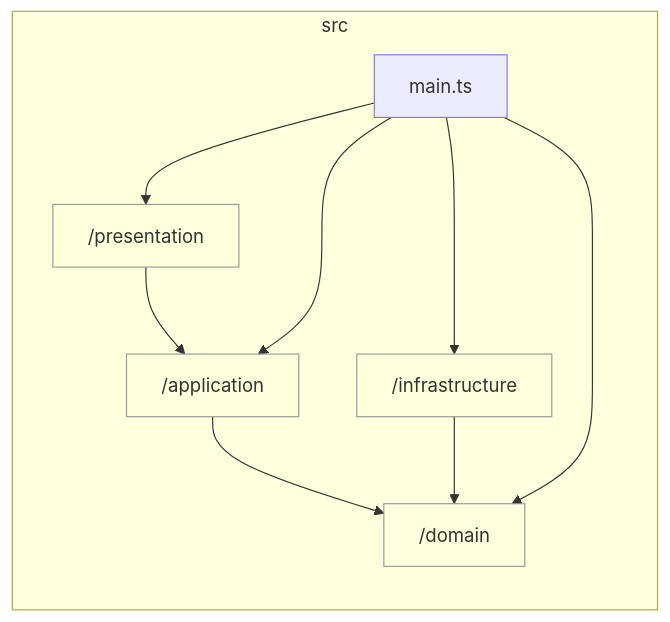
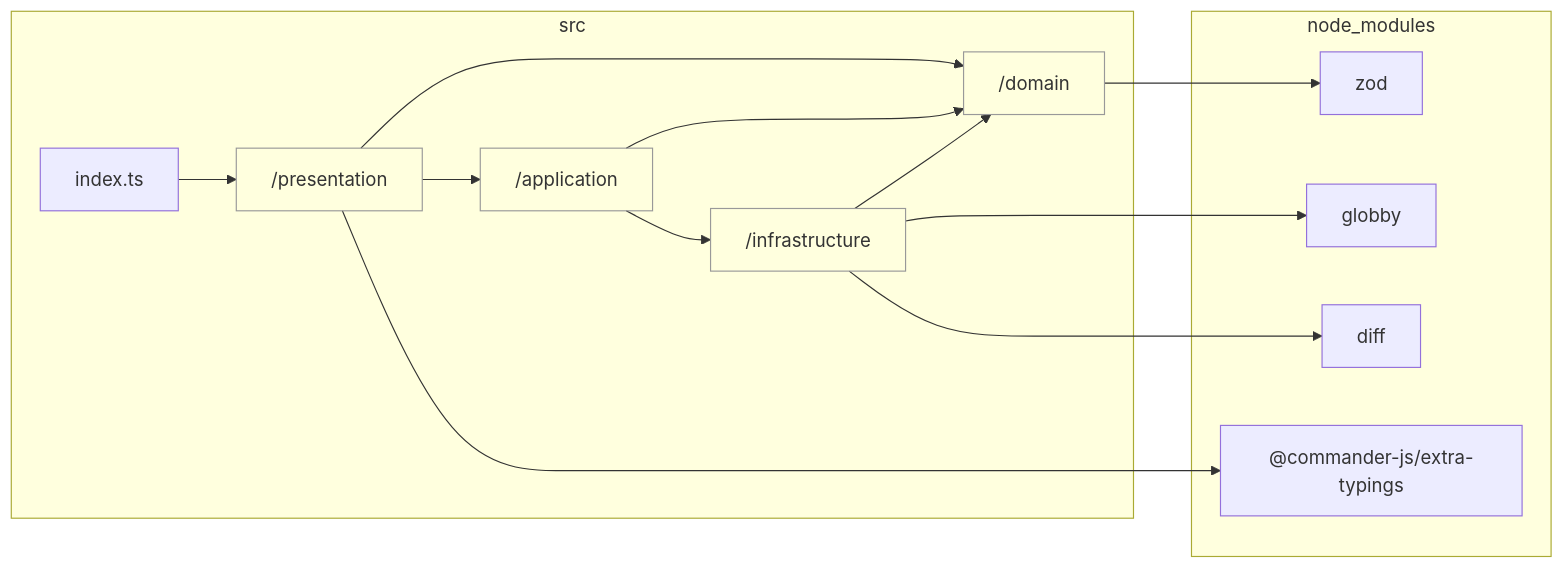
One commit to sugurutakahashi-1234/readme-i18n-sentinel changed the diagram in docs/reports/dependencies/layers.md. Above: the diagram before and after it, drawn with Mermaid. The commit also changed 48 other files, not shown here.

First line of the commit message:
feat: add mermaid-markdown-wrap as reference submodule (#3)

````diff
--- a/docs/reports/dependencies/layers.md
+++ b/docs/reports/dependencies/layers.md
@@ -7,18 +7,27 @@
 ```mermaid
 flowchart LR
     classDef dir fill:#0000,stroke:#999
     subgraph src["src"]
         src/domain["/domain"]:::dir
+        src/infrastructure["/infrastructure"]:::dir
         src/application["/application"]:::dir
-        src/infrastructure["/infrastructure"]:::dir
         src/presentation["/presentation"]:::dir
-        src/main.ts["main.ts"]
+        src/index.ts["index.ts"]
     end
+    subgraph node//modules["node_modules"]
+        node//modules/zod/index.d.cts["zod"]
+        node//modules/globby/index.d.ts["globby"]
+        node//modules/diff/libcjs/index.d.ts["diff"]
+        node//modules///commander//js/extra//typings/index.d.ts["@commander-js/extra-typings"]
+    end
+    src/domain-->node//modules/zod/index.d.cts
+    src/infrastructure-->node//modules/globby/index.d.ts
+    src/infrastructure-->src/domain
     src/application-->src/domain
-    src/infrastructure-->src/domain
+    src/application-->src/infrastructure
+    src/infrastructure-->node//modules/diff/libcjs/index.d.ts
+    src/presentation-->node//modules///commander//js/extra//typings/index.d.ts
     src/presentation-->src/application
-    src/main.ts-->src/application
-    src/main.ts-->src/domain
-    src/main.ts-->src/infrastructure
-    src/main.ts-->src/presentation
+    src/presentation-->src/domain
+    src/index.ts-->src/presentation
 ```
````
